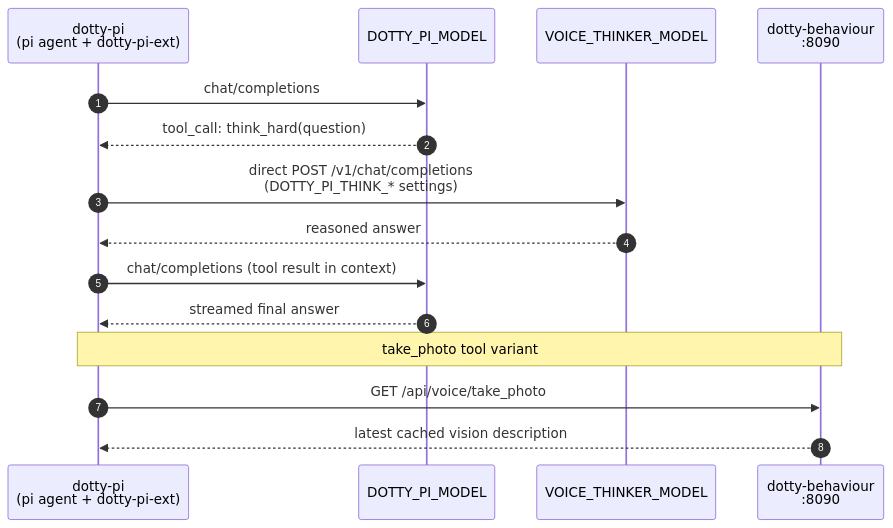
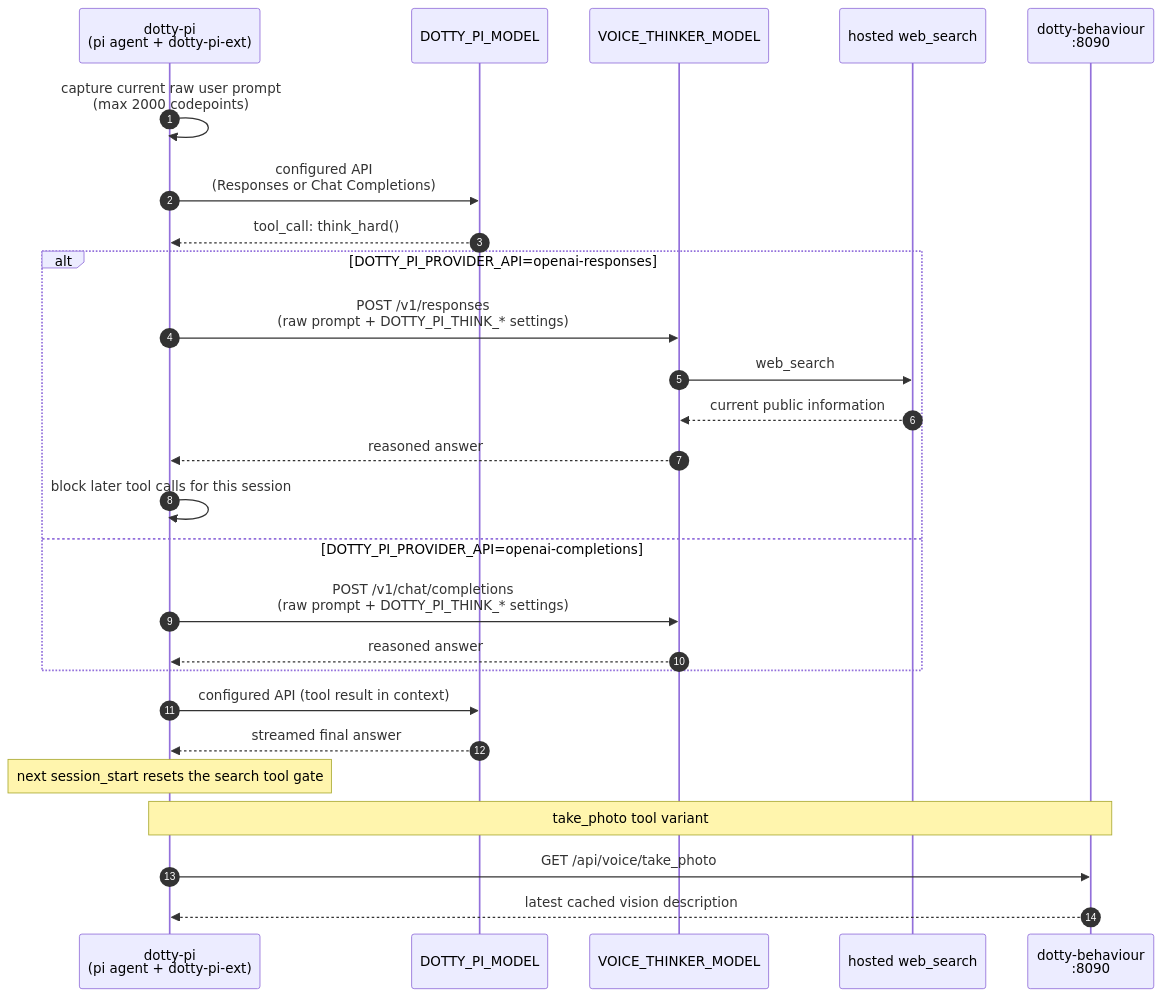
The third of 4 diagrams in docs/architecture.md (alkaid/dotty-stackchan), drawn with Mermaid before and after one commit. The commit also changed other lines of this file and 10 other files, not shown here.

Commit message:
voice: isolate Responses web search in think_hard

````diff
--- a/docs/architecture.md
+++ b/docs/architecture.md
@@ -104,19 +104,30 @@
 ```mermaid
 sequenceDiagram
     autonumber
     participant PI as dotty-pi<br/>(pi agent + dotty-pi-ext)
     participant Simple as DOTTY_PI_MODEL
     participant Think as VOICE_THINKER_MODEL
+    participant Web as hosted web_search
     participant BH as dotty-behaviour<br/>:8090
 
-    PI->>Simple: chat/completions
-    Simple-->>PI: tool_call: think_hard(question)
-    PI->>Think: direct POST /v1/chat/completions<br/>(DOTTY_PI_THINK_* settings)
-    Think-->>PI: reasoned answer
-    PI->>Simple: chat/completions (tool result in context)
+    PI->>PI: capture current raw user prompt<br/>(max 2000 codepoints)
+    PI->>Simple: configured API<br/>(Responses or Chat Completions)
+    Simple-->>PI: tool_call: think_hard()
+    alt DOTTY_PI_PROVIDER_API=openai-responses
+        PI->>Think: POST /v1/responses<br/>(raw prompt + DOTTY_PI_THINK_* settings)
+        Think->>Web: web_search
+        Web-->>Think: current public information
+        Think-->>PI: reasoned answer
+        PI->>PI: block later tool calls for this session
+    else DOTTY_PI_PROVIDER_API=openai-completions
+        PI->>Think: POST /v1/chat/completions<br/>(raw prompt + DOTTY_PI_THINK_* settings)
+        Think-->>PI: reasoned answer
+    end
+    PI->>Simple: configured API (tool result in context)
     Simple-->>PI: streamed final answer
+    Note over PI: next session_start resets the search tool gate
 
     Note over PI,BH: take_photo tool variant
     PI->>BH: GET /api/voice/take_photo
     BH-->>PI: latest cached vision description
 ```
````
